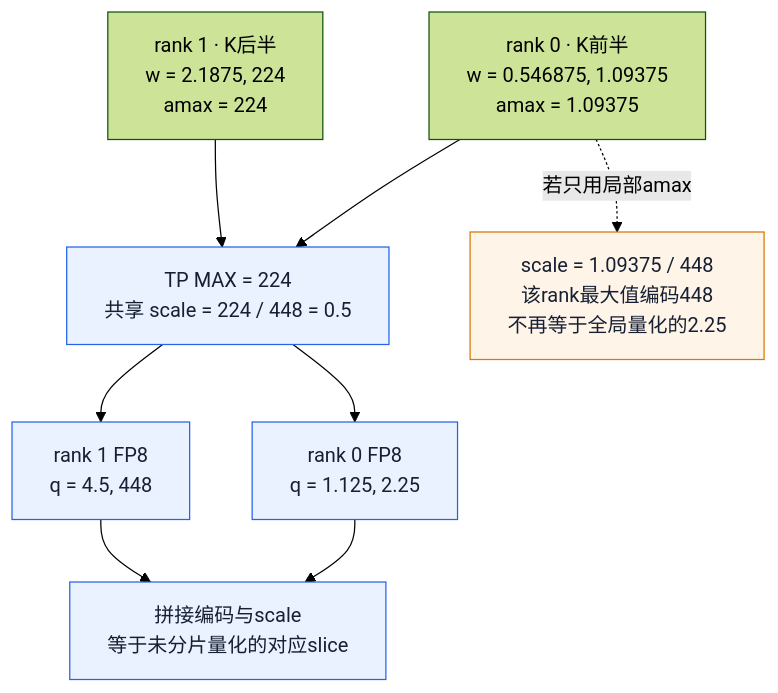
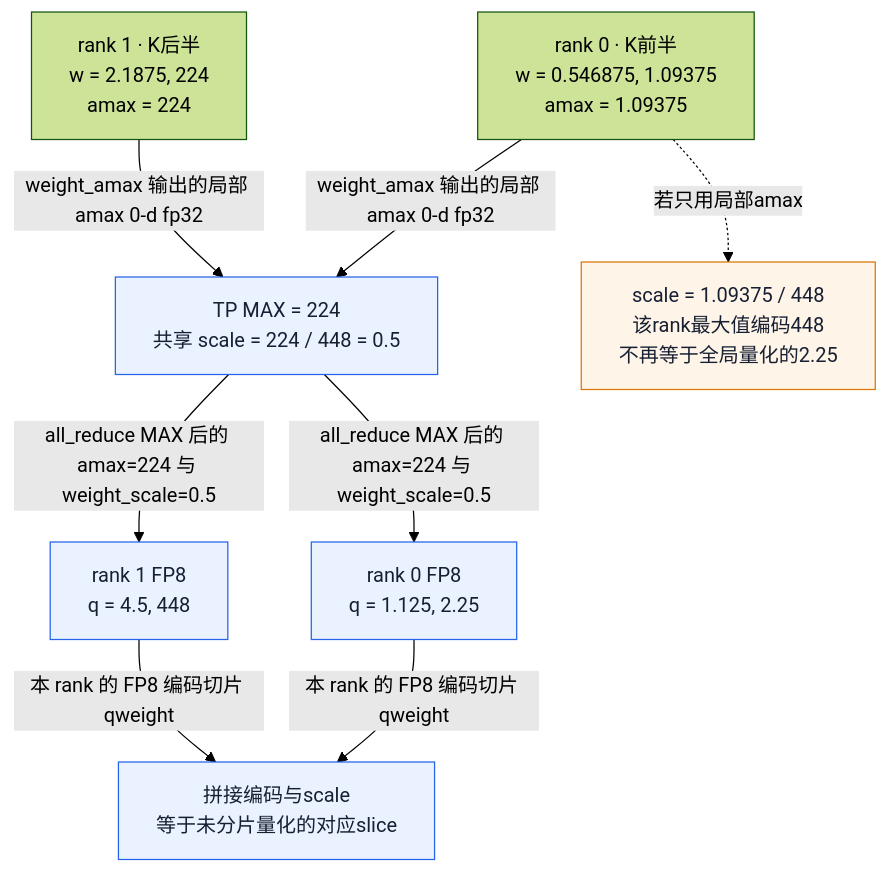
The second of 4 diagrams in wiki/02_engineering/03_infer_frameworks/vllm/17_vllm_quantization_analysis.md (suhaibo666/llm-knowledge), drawn with Mermaid (forest theme) before and after one commit. The commit also changed other lines of this file and 89 other files, not shown here.

````diff
--- a/wiki/02_engineering/03_infer_frameworks/vllm/17_vllm_quantization_analysis.md
+++ b/wiki/02_engineering/03_infer_frameworks/vllm/17_vllm_quantization_analysis.md
@@ -83,14 +151,14 @@
 ```mermaid
 flowchart TB
-  R0["rank 0 · K前半<br/>w = 0.546875, 1.09375<br/>amax = 1.09375"] --> M["TP MAX = 224<br/>共享 scale = 224 / 448 = 0.5"]
-  R1["rank 1 · K后半<br/>w = 2.1875, 224<br/>amax = 224"] --> M
-  M --> Q0["rank 0 FP8<br/>q = 1.125, 2.25"]
-  M --> Q1["rank 1 FP8<br/>q = 4.5, 448"]
-  Q0 --> O["拼接编码与scale<br/>等于未分片量化的对应slice"]
-  Q1 --> O
+  R0["rank 0 · K前半<br/>w = 0.546875, 1.09375<br/>amax = 1.09375"] -->|weight_amax 输出的局部 amax 0-d fp32| M["TP MAX = 224<br/>共享 scale = 224 / 448 = 0.5"]
+  R1["rank 1 · K后半<br/>w = 2.1875, 224<br/>amax = 224"] -->|weight_amax 输出的局部 amax 0-d fp32| M
+  M -->|all_reduce MAX 后的 amax=224 与 weight_scale=0.5| Q0["rank 0 FP8<br/>q = 1.125, 2.25"]
+  M -->|all_reduce MAX 后的 amax=224 与 weight_scale=0.5| Q1["rank 1 FP8<br/>q = 4.5, 448"]
+  Q0 -->|本 rank 的 FP8 编码切片 qweight| O["拼接编码与scale<br/>等于未分片量化的对应slice"]
+  Q1 -->|本 rank 的 FP8 编码切片 qweight| O
   R0 -. 若只用局部amax .-> BAD["scale = 1.09375 / 448<br/>该rank最大值编码448<br/>不再等于全局量化的2.25"]
   classDef acc1 fill:#eaf2ff,stroke:#2563eb,color:#172033;
   classDef acc2 fill:#fff4e8,stroke:#d97706,color:#172033;
   class M,Q0,Q1,O acc1;
   class BAD acc2;
 ```
````
